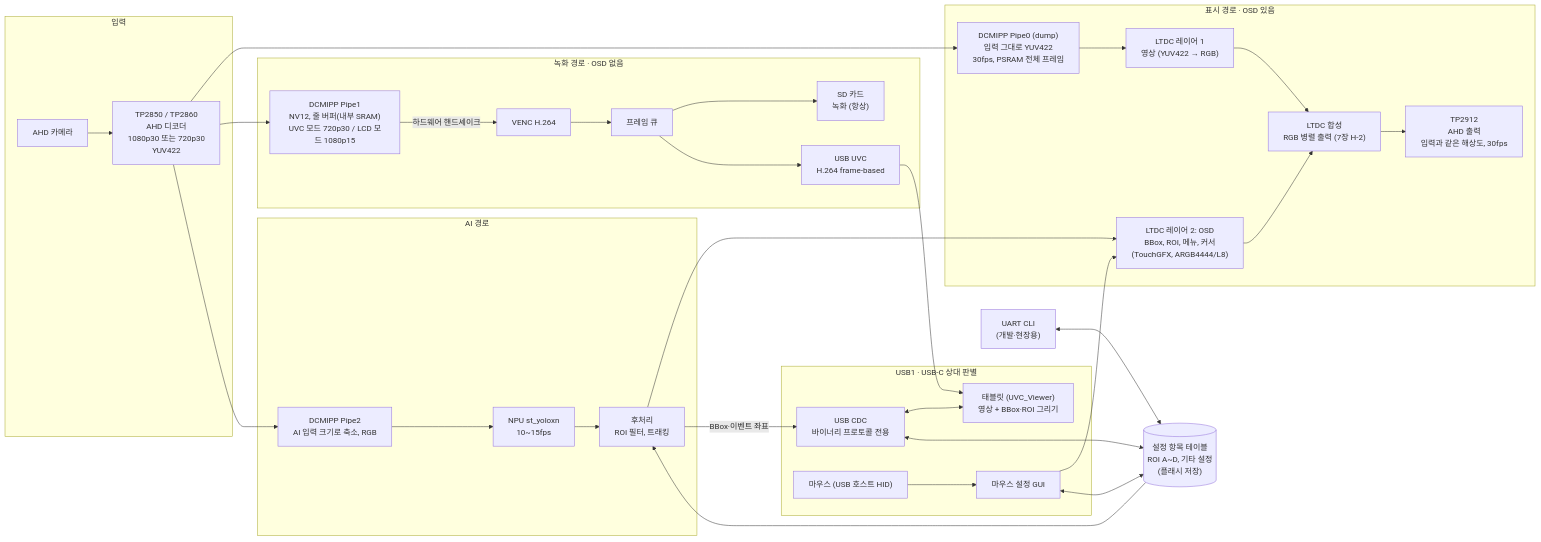
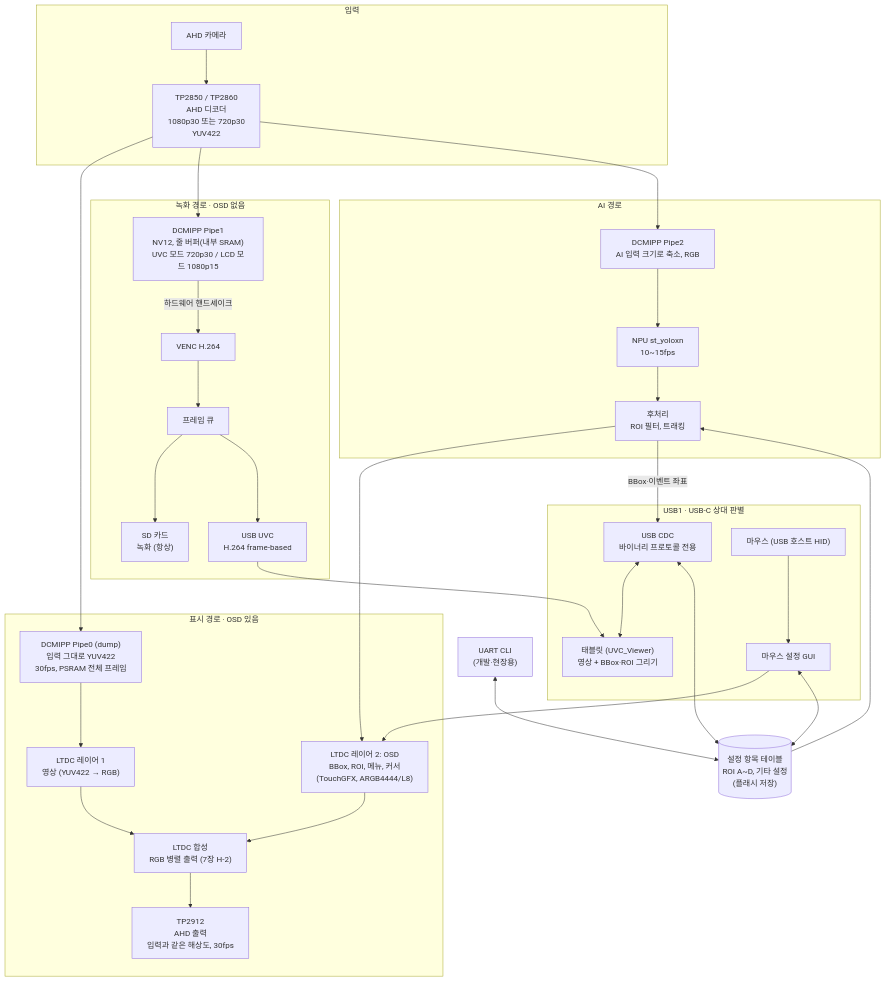
The diagram in docs/Product Conception.md (Spearhead7/2702_STM32N6_UVC), drawn with Mermaid before and after one commit.

Commit message:
docs: 제품 구상 블록도를 세로 배치로 (확대 없이 읽히게)

````diff
--- a/docs/Product Conception.md
+++ b/docs/Product Conception.md
@@ -12,44 +12,45 @@
 ```mermaid
-flowchart LR
+%%{init: {"flowchart": {"rankSpacing": 70, "nodeSpacing": 40}}}%%
+flowchart TB
     subgraph IN[입력]
         CAM[AHD 카메라] --> DEC["TP2850 / TP2860<br/>AHD 디코더<br/>1080p30 또는 720p30<br/>YUV422"]
     end
 
     DEC --> P0["DCMIPP Pipe0 (dump)<br/>입력 그대로 YUV422<br/>30fps, PSRAM 전체 프레임"]
     DEC --> P1["DCMIPP Pipe1<br/>NV12, 줄 버퍼(내부 SRAM)<br/>UVC 모드 720p30 / LCD 모드 1080p15"]
     DEC --> P2["DCMIPP Pipe2<br/>AI 입력 크기로 축소, RGB"]
 
     subgraph REC[녹화 경로 · OSD 없음]
         P1 -- "하드웨어 핸드셰이크" --> VENC["VENC H.264"]
         VENC --> Q[프레임 큐]
         Q --> SD["SD 카드<br/>녹화 (항상)"]
         Q --> UVC["USB UVC<br/>H.264 frame-based"]
     end
 
     subgraph DISP[표시 경로 · OSD 있음]
         P0 --> L1["LTDC 레이어 1<br/>영상 (YUV422 → RGB)"]
         L1 --> LTDC["LTDC 합성<br/>RGB 병렬 출력 (7장 H-2)"]
         OSD["LTDC 레이어 2: OSD<br/>BBox, ROI, 메뉴, 커서<br/>(TouchGFX, ARGB4444/L8)"] --> LTDC
         LTDC --> ENC["TP2912<br/>AHD 출력<br/>입력과 같은 해상도, 30fps"]
     end
 
     subgraph AI[AI 경로]
         P2 --> NPU["NPU st_yoloxn<br/>10~15fps"]
         NPU --> POST["후처리<br/>ROI 필터, 트래킹"]
     end
 
     POST --> OSD
     POST -- "BBox·이벤트 좌표" --> CDC
 
     subgraph USB[USB1 · USB-C 상대 판별]
         UVC --> TAB["태블릿 (UVC_Viewer)<br/>영상 + BBox·ROI 그리기"]
         CDC["USB CDC<br/>바이너리 프로토콜 전용"] <--> TAB
         MOUSE["마우스 (USB 호스트 HID)"] --> GUI[마우스 설정 GUI]
     end
 
     GUI --> OSD
     GUI <--> SET[("설정 항목 테이블<br/>ROI A~D, 기타 설정<br/>(플래시 저장)")]
     CDC <--> SET
     SET --> POST
     UART["UART CLI<br/>(개발·현장용)"] <--> SET
 ```
````
